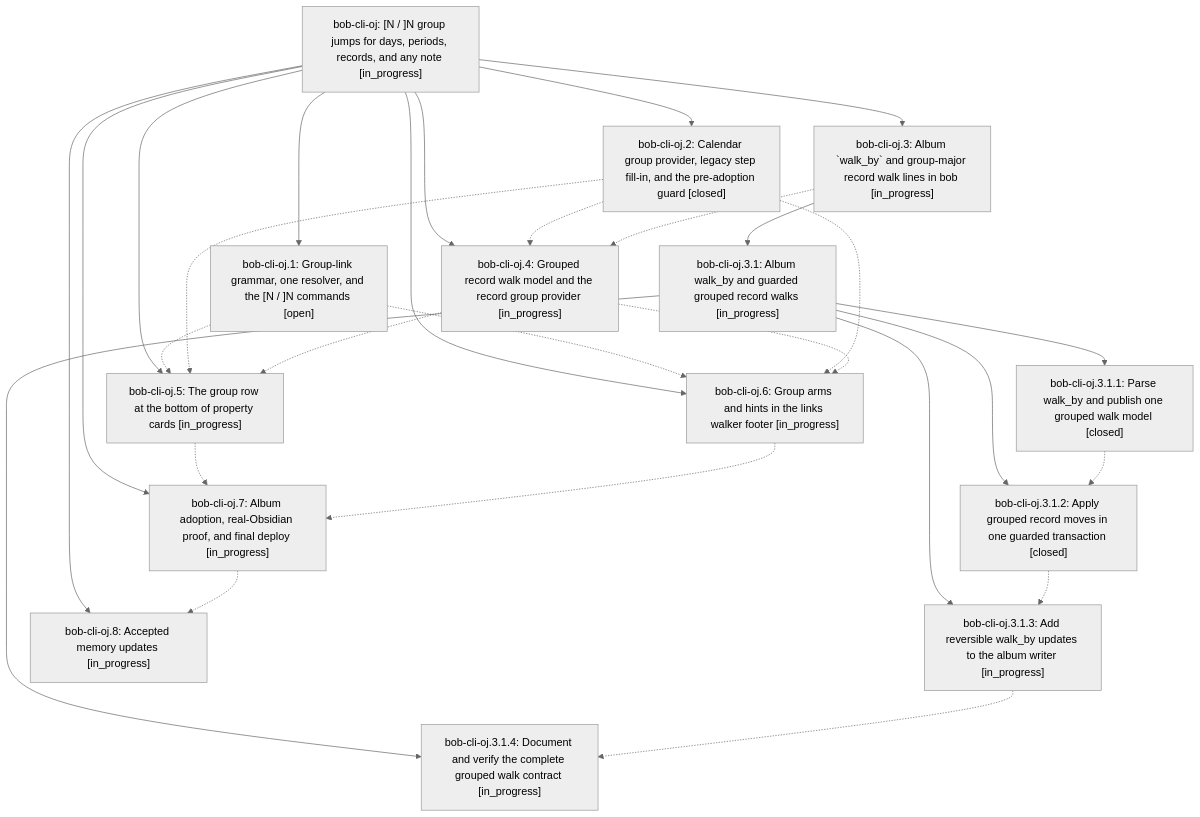
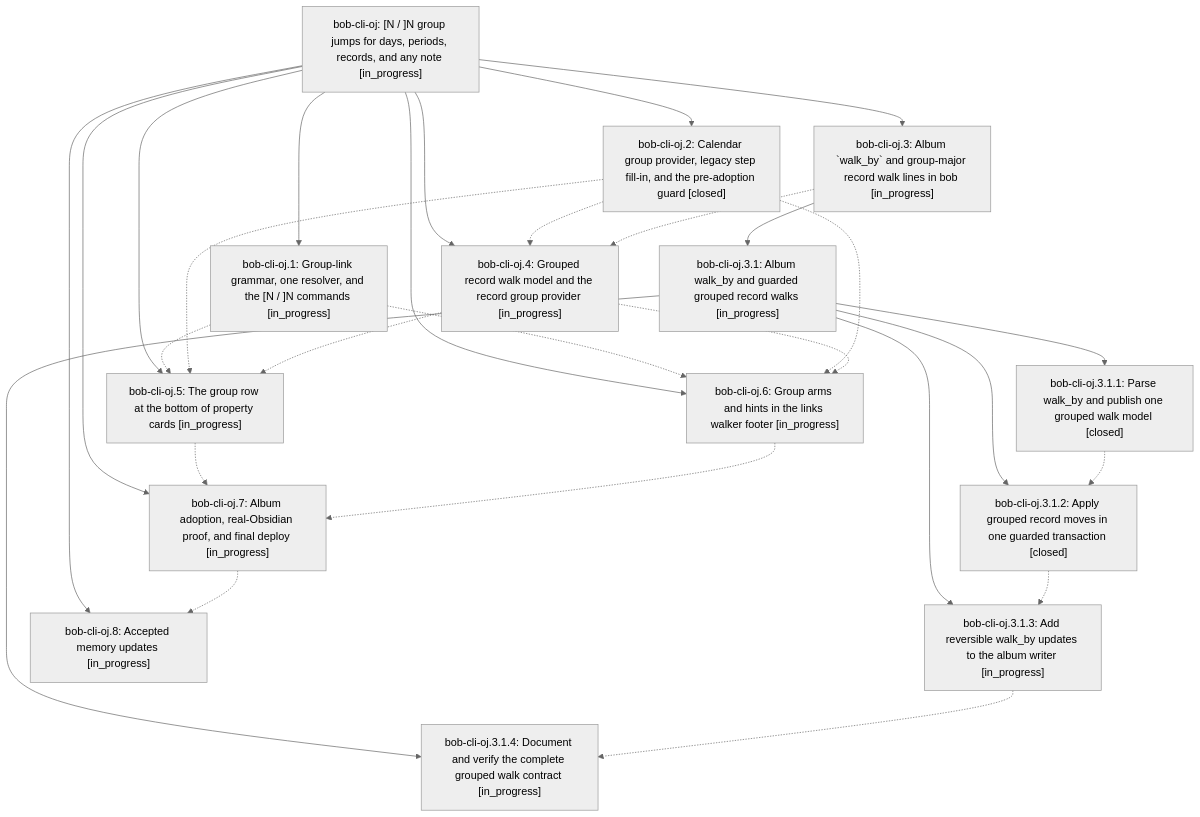
The diagram in pages/bob-cli-oj/README.md (bobs-org/bob-cli--beads), drawn with Mermaid (neutral theme) before and after one commit. The commit also changed other lines of this file and 5 other files, not shown here.

First line of the commit message:
chore(beads): sync bead state and pages for bob-cli-oj

````diff
--- a/pages/bob-cli-oj/README.md
+++ b/pages/bob-cli-oj/README.md
@@ -43,44 +43,44 @@
 ```mermaid
 flowchart TD
     n0["bob-cli-oj: [N / ]N group jumps for days, periods, records, and any note [in_progress]"]
-    n1["bob-cli-oj.1: Group-link grammar, one resolver, and the [N / ]N commands [open]"]
+    n1["bob-cli-oj.1: Group-link grammar, one resolver, and the [N / ]N commands [in_progress]"]
     n2["bob-cli-oj.2: Calendar group provider, legacy step fill-in, and the pre-adoption guard [closed]"]
     n3["bob-cli-oj.3: Album `walk_by` and group-major record walk lines in bob [in_progress]"]
     n4["bob-cli-oj.3.1: Album walk_by and guarded grouped record walks [in_progress]"]
     n5["bob-cli-oj.3.1.1: Parse walk_by and publish one grouped walk model [closed]"]
     n6["bob-cli-oj.3.1.2: Apply grouped record moves in one guarded transaction [closed]"]
     n7["bob-cli-oj.3.1.3: Add reversible walk_by updates to the album writer [in_progress]"]
     n8["bob-cli-oj.3.1.4: Document and verify the complete grouped walk contract [in_progress]"]
     n9["bob-cli-oj.4: Grouped record walk model and the record group provider [in_progress]"]
     n10["bob-cli-oj.5: The group row at the bottom of property cards [in_progress]"]
     n11["bob-cli-oj.6: Group arms and hints in the links walker footer [in_progress]"]
     n12["bob-cli-oj.7: Album adoption, real-Obsidian proof, and final deploy [in_progress]"]
     n13["bob-cli-oj.8: Accepted memory updates [in_progress]"]
     n0 --> n1
     n0 --> n2
     n0 --> n3
     n3 --> n4
     n4 --> n5
     n4 --> n6
     n4 --> n7
     n4 --> n8
     n0 --> n9
     n0 --> n10
     n0 --> n11
     n0 --> n12
     n0 --> n13
     n1 -.-> n10
     n1 -.-> n11
     n2 -.-> n9
     n2 -.-> n10
     n2 -.-> n11
     n3 -.-> n9
     n5 -.-> n6
     n6 -.-> n7
     n7 -.-> n8
     n9 -.-> n10
     n9 -.-> n11
     n10 -.-> n12
     n11 -.-> n12
     n12 -.-> n13
 ```
````
